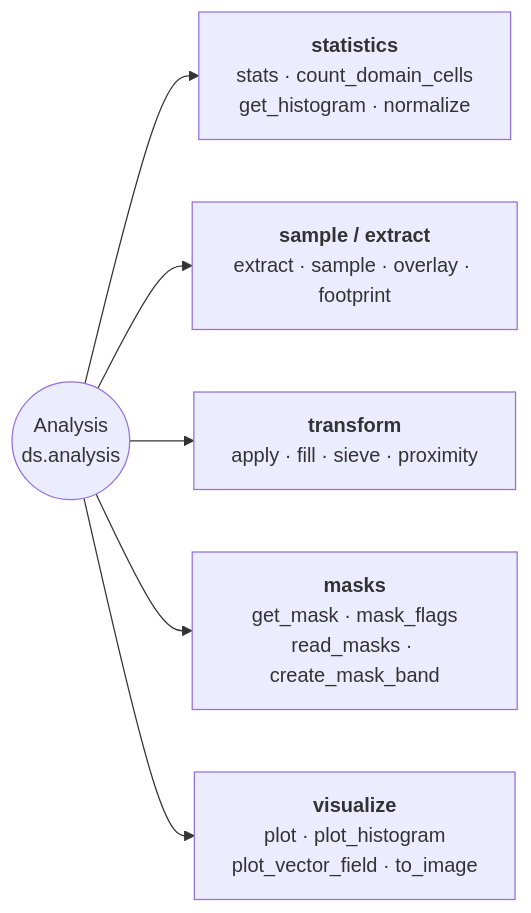
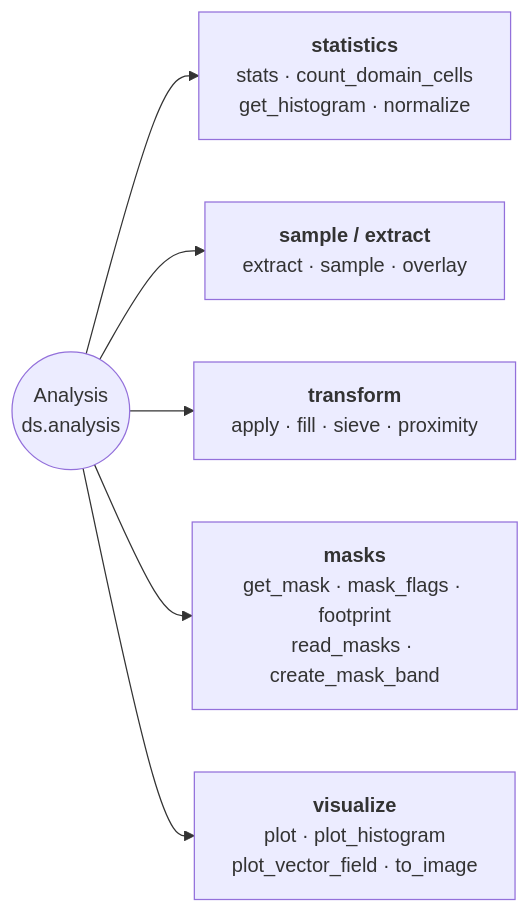
One commit to serapeum-org/pyramids changed the diagram in docs/reference/dataset/analysis.md. Above: the diagram before and after it, drawn with Mermaid. The commit also changed 2 other files, not shown here.

Commit message:
docs(dataset): tidy diagram wording and groupings from review round 2
- vectorize: drop phantom 'polygonization' from the subtitle (no such method)
- analysis: move footprint to the masks group (it yields the valid-data extent, not a sample)
- index: label the COG node with its 'cog/' section and note COG's page lives there

````diff
--- a/docs/reference/dataset/analysis.md
+++ b/docs/reference/dataset/analysis.md
@@ -5,9 +5,9 @@
 ```mermaid
 flowchart LR
     AN(("Analysis<br/>ds.analysis"))
     AN --> S["<b>statistics</b><br/>stats · count_domain_cells<br/>get_histogram · normalize"]
-    AN --> E["<b>sample / extract</b><br/>extract · sample · overlay · footprint"]
+    AN --> E["<b>sample / extract</b><br/>extract · sample · overlay"]
     AN --> T["<b>transform</b><br/>apply · fill · sieve · proximity"]
-    AN --> M["<b>masks</b><br/>get_mask · mask_flags<br/>read_masks · create_mask_band"]
+    AN --> M["<b>masks</b><br/>get_mask · mask_flags · footprint<br/>read_masks · create_mask_band"]
     AN --> V["<b>visualize</b><br/>plot · plot_histogram<br/>plot_vector_field · to_image"]
 ```
````
